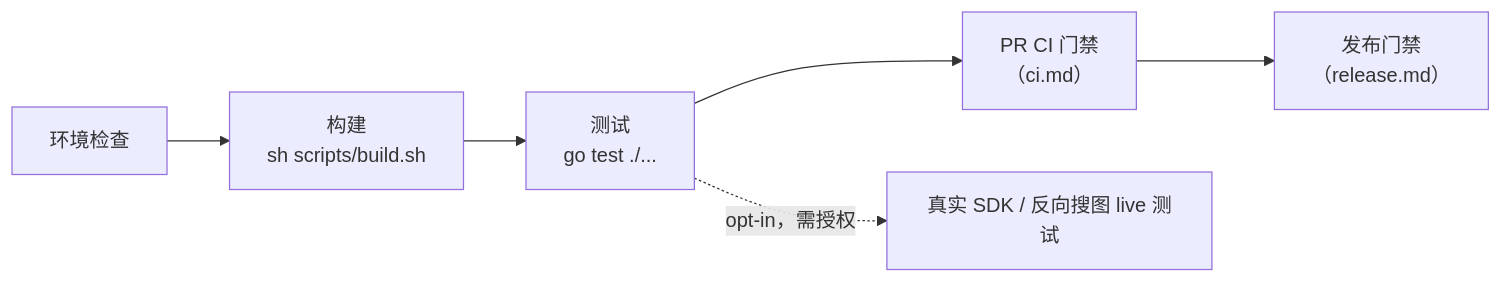
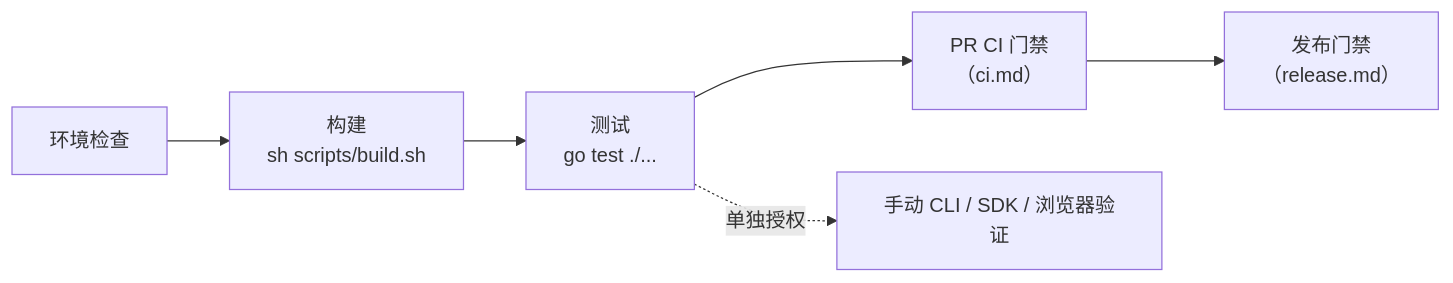
One commit to FlanChanXwO/pixiv-cli changed the first of 2 diagrams in docs/zh-CN/maintainers/development.md. Above: the diagram before and after it, drawn with Mermaid. The commit also changed other lines of this file and 247 other files, not shown here.

````diff
--- a/docs/zh-CN/maintainers/development.md
+++ b/docs/zh-CN/maintainers/development.md
@@ -5,5 +5,5 @@
 ```mermaid
 flowchart LR
     E["环境检查"] --> B["构建<br/>sh scripts/build.sh"] --> T["测试<br/>go test ./..."] --> PR["PR CI 门禁<br/>（ci.md）"] --> REL["发布门禁<br/>（release.md）"]
-    T -. "opt-in，需授权" .-> E2E["真实 SDK / 反向搜图 live 测试"]
+    T -. "单独授权" .-> LIVE["手动 CLI / SDK / 浏览器验证"]
 ```
````
